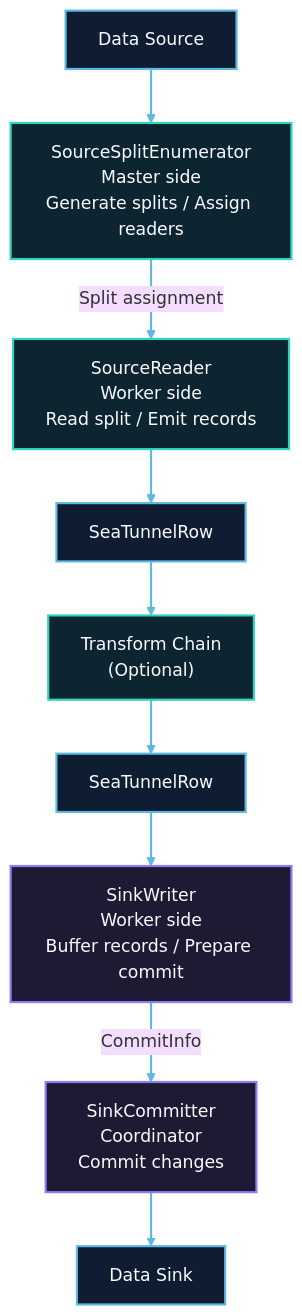
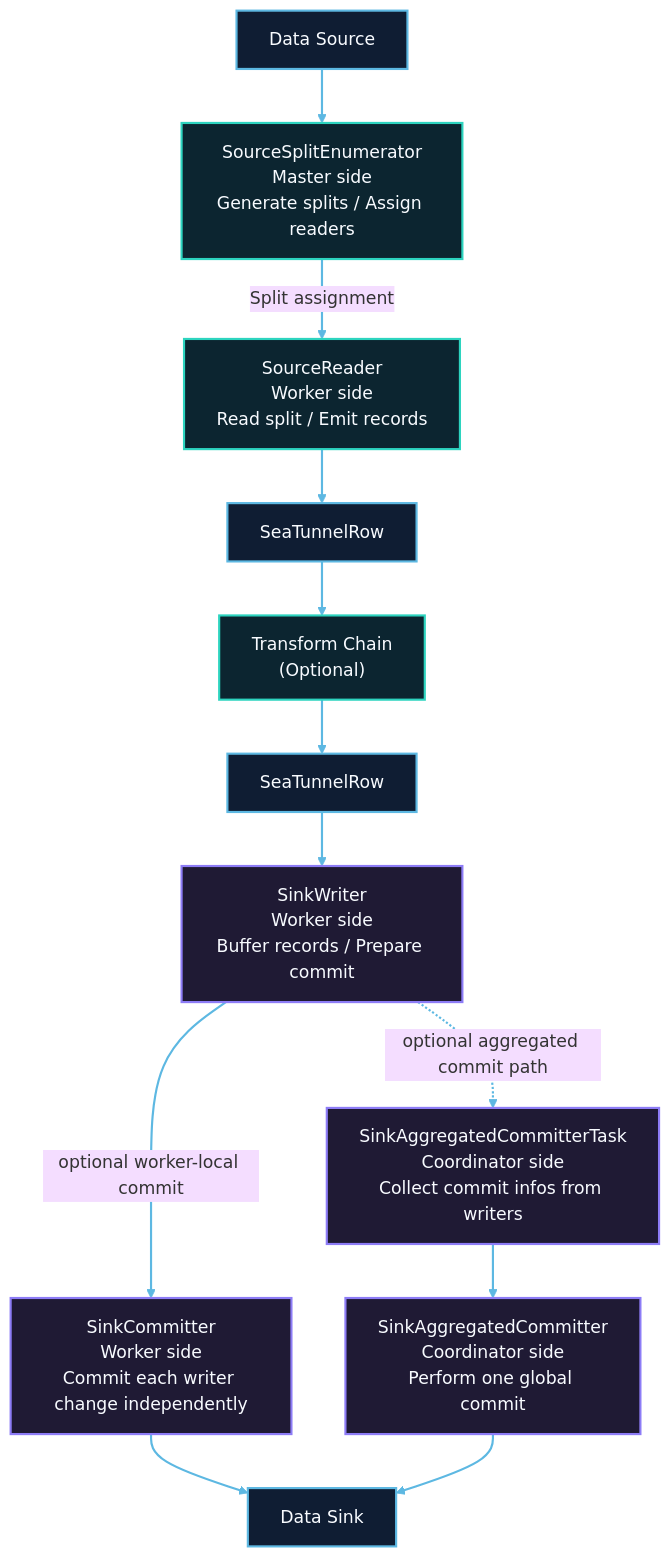
One commit to apache/seatunnel changed the third of 7 diagrams in docs/en/architecture/overview.md. Above: the diagram before and after it, drawn with Mermaid (base theme). The commit also changed other lines of this file and 1 other file, not shown here.

Commit message:
[Docs] Align overview diagrams with runtime semantics

````diff
--- a/docs/en/architecture/overview.md
+++ b/docs/en/architecture/overview.md
@@ -184,20 +184,23 @@
 ```mermaid
 flowchart TD
     source["Data Source"] --> enumerator["SourceSplitEnumerator<br/>Master side<br/>Generate splits / Assign readers"]
     enumerator -->|Split assignment| reader["SourceReader<br/>Worker side<br/>Read split / Emit records"]
     reader --> rowIn["SeaTunnelRow"]
     rowIn --> transform["Transform Chain<br/>(Optional)"]
     transform --> rowOut["SeaTunnelRow"]
     rowOut --> writer["SinkWriter<br/>Worker side<br/>Buffer records / Prepare commit"]
-    writer -->|CommitInfo| committer["SinkCommitter<br/>Coordinator<br/>Commit changes"]
+    writer -->|"optional worker-local commit"| committer["SinkCommitter<br/>Worker side<br/>Commit each writer change independently"]
+    writer -. "optional aggregated commit path" .-> aggregatedTask["SinkAggregatedCommitterTask<br/>Coordinator side<br/>Collect commit infos from writers"]
+    aggregatedTask --> aggregated["SinkAggregatedCommitter<br/>Coordinator side<br/>Perform one global commit"]
     committer --> sink["Data Sink"]
+    aggregated --> sink
 
     classDef layerBlue fill:#0f1d33,stroke:#5db8e2,stroke-width:2px,color:#f8fbff;
     classDef layerCyan fill:#0c2530,stroke:#2dd4bf,stroke-width:2px,color:#f8fbff;
     classDef layerPurple fill:#1f1a34,stroke:#8d7cf6,stroke-width:2px,color:#f8fbff;
 
     class source,sink,rowIn,rowOut layerBlue;
     class enumerator,reader,transform layerCyan;
-    class writer,committer layerPurple;
+    class writer,committer,aggregatedTask,aggregated layerPurple;
     linkStyle default stroke:#5db8e2,stroke-width:2px;
 ```
````
